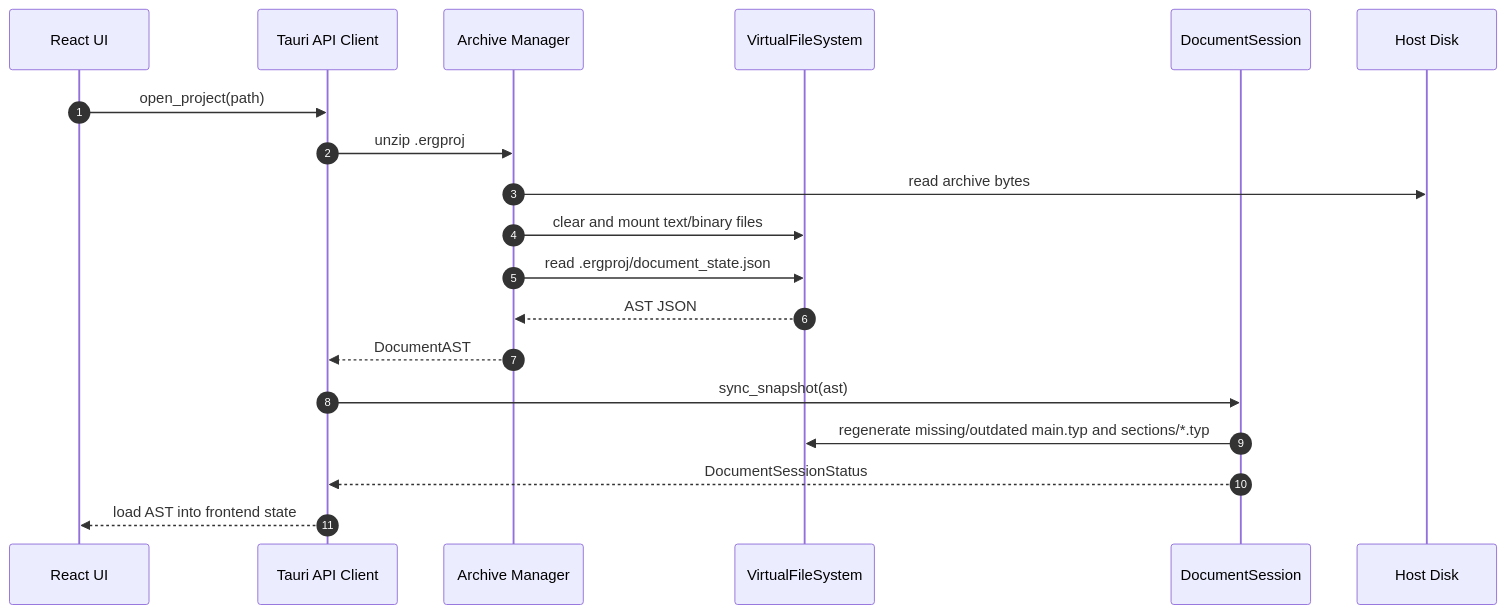
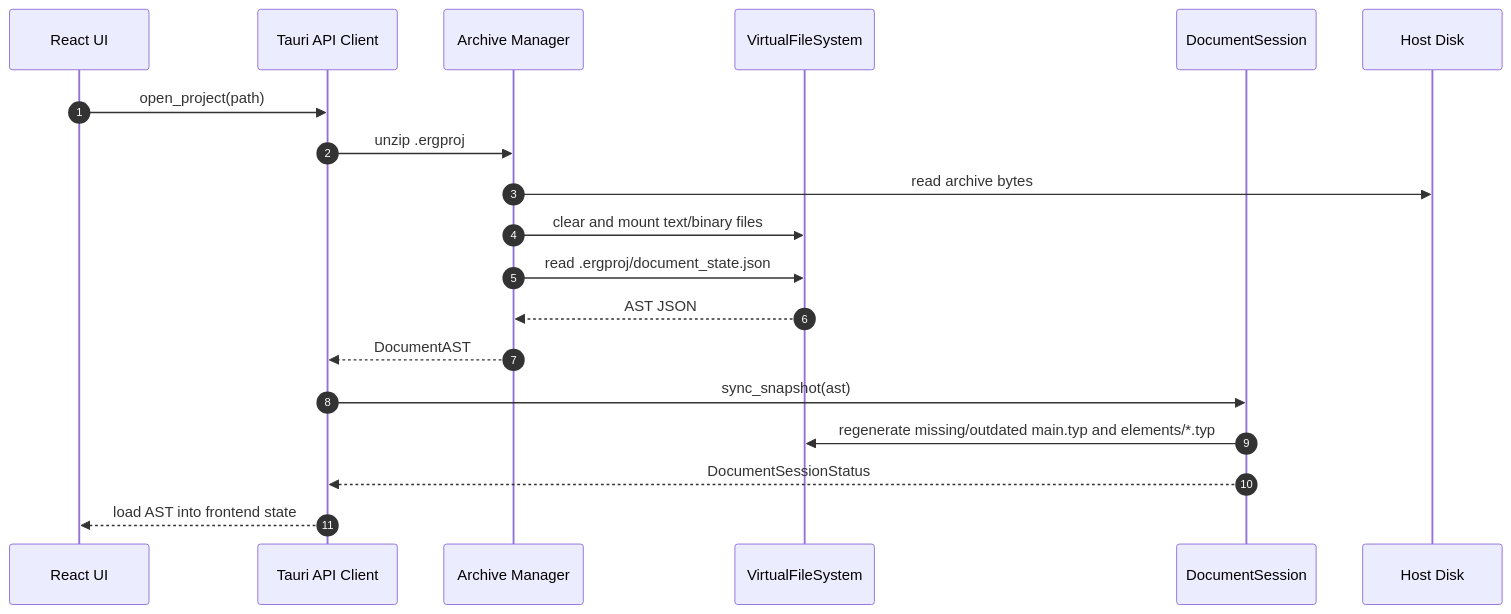
One commit to andmoreduro/ergo changed the fifth of 11 diagrams in context/sequence-diagrams.md. Above: the diagram before and after it, drawn with Mermaid. The commit also changed other lines of this file and 6 other files, not shown here.

First line of the commit message:
docs: align architecture diagrams with TypstWatch and resource previews

````diff
--- a/context/sequence-diagrams.md
+++ b/context/sequence-diagrams.md
@@ -192,24 +186,24 @@
 ```mermaid
 sequenceDiagram
     autonumber
 
     participant UI as React UI
     participant API as Tauri API Client
     participant Archive as Archive Manager
     participant VFS as VirtualFileSystem
     participant Session as DocumentSession
     participant Disk as Host Disk
 
     UI->>API: open_project(path)
     API->>Archive: unzip .ergproj
     Archive->>Disk: read archive bytes
     Archive->>VFS: clear and mount text/binary files
     Archive->>VFS: read .ergproj/document_state.json
     VFS-->>Archive: AST JSON
     Archive-->>API: DocumentAST
 
     API->>Session: sync_snapshot(ast)
-    Session->>VFS: regenerate missing/outdated main.typ and sections/*.typ
+    Session->>VFS: regenerate missing/outdated main.typ and elements/*.typ
     Session-->>API: DocumentSessionStatus
     API-->>UI: load AST into frontend state
 ```
````
